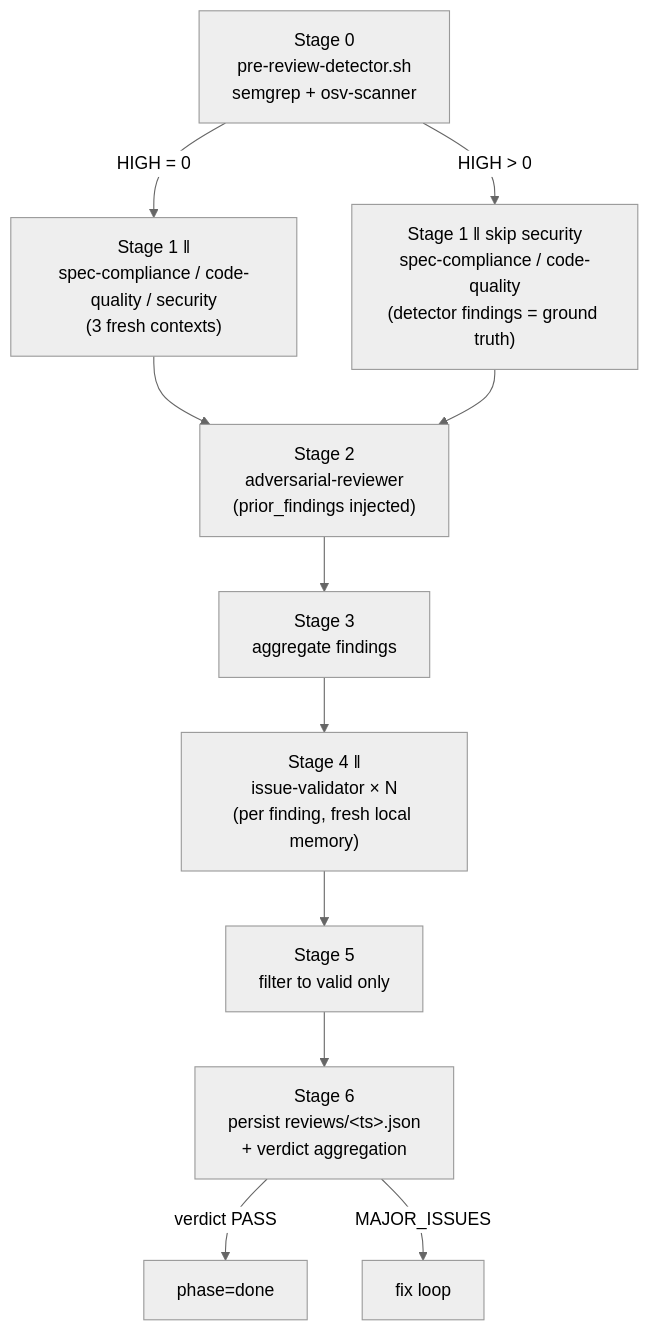
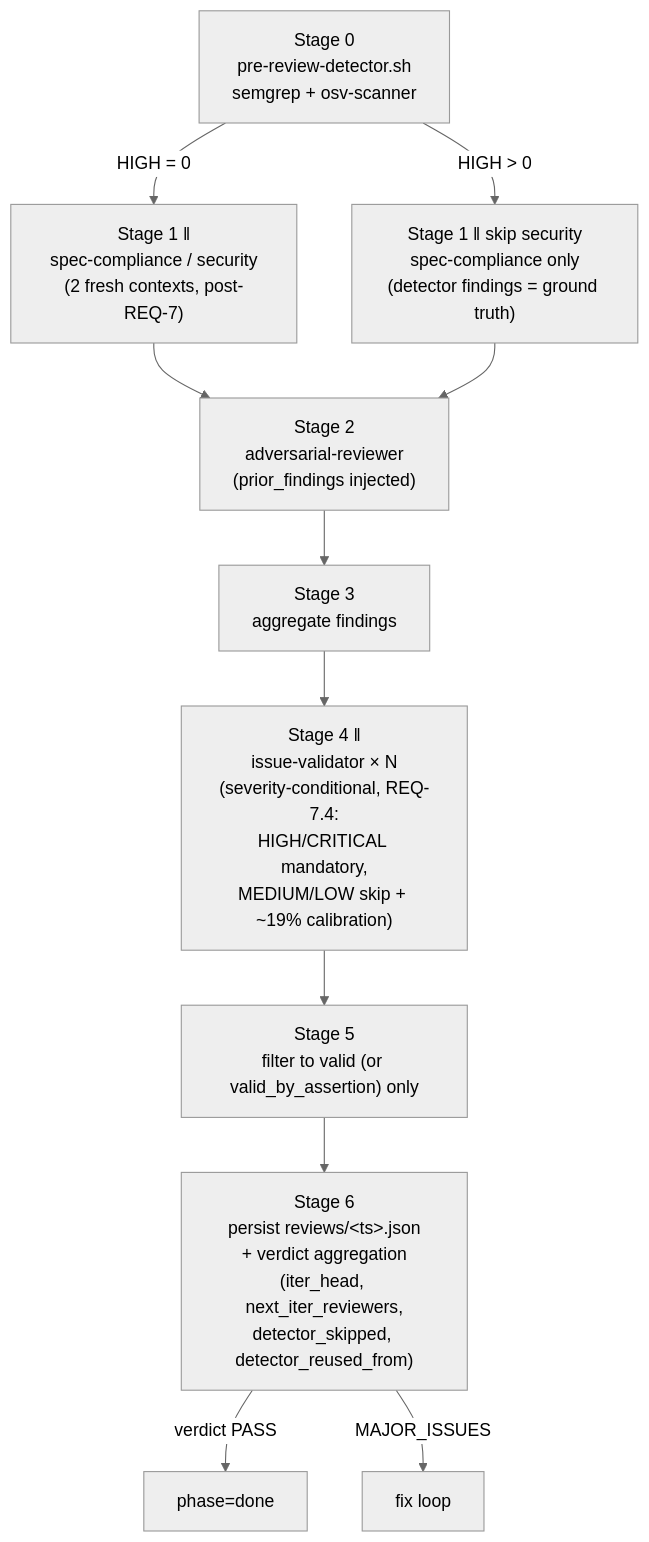
Before and after one commit to iroha924/mumei: the second of 2 diagrams in ARCHITECTURE.md, drawn with Mermaid (neutral theme). The commit also changed other lines of this file and 6 other files, not shown here.

Commit message:
docs: sync reviewer count post-REQ-7 + restrict .mumei/current mutation to archive skill

````diff
--- a/ARCHITECTURE.md
+++ b/ARCHITECTURE.md
@@ -106,20 +106,20 @@
 ```mermaid
 flowchart TD
   S0["Stage 0<br/>pre-review-detector.sh<br/>semgrep + osv-scanner"]
   S0 -->|HIGH = 0| S1A
   S0 -->|HIGH > 0| S1B
 
-  S1A["Stage 1 ‖<br/>spec-compliance / code-quality / security<br/>(3 fresh contexts)"]
-  S1B["Stage 1 ‖ skip security<br/>spec-compliance / code-quality<br/>(detector findings = ground truth)"]
+  S1A["Stage 1 ‖<br/>spec-compliance / security<br/>(2 fresh contexts, post-REQ-7)"]
+  S1B["Stage 1 ‖ skip security<br/>spec-compliance only<br/>(detector findings = ground truth)"]
 
   S1A --> S2
   S1B --> S2
   S2["Stage 2<br/>adversarial-reviewer<br/>(prior_findings injected)"]
   S2 --> S3["Stage 3<br/>aggregate findings"]
-  S3 --> S4["Stage 4 ‖<br/>issue-validator × N<br/>(per finding, fresh local memory)"]
-  S4 --> S5["Stage 5<br/>filter to valid only"]
-  S5 --> S6["Stage 6<br/>persist reviews/&lt;ts&gt;.json<br/>+ verdict aggregation"]
+  S3 --> S4["Stage 4 ‖<br/>issue-validator × N<br/>(severity-conditional, REQ-7.4:<br/>HIGH/CRITICAL mandatory,<br/>MEDIUM/LOW skip + ~19% calibration)"]
+  S4 --> S5["Stage 5<br/>filter to valid (or valid_by_assertion) only"]
+  S5 --> S6["Stage 6<br/>persist reviews/&lt;ts&gt;.json<br/>+ verdict aggregation<br/>(iter_head, next_iter_reviewers,<br/>detector_skipped, detector_reused_from)"]
 
   S6 -->|verdict PASS| D[phase=done]
   S6 -->|MAJOR_ISSUES| F[fix loop]
 ```
````
